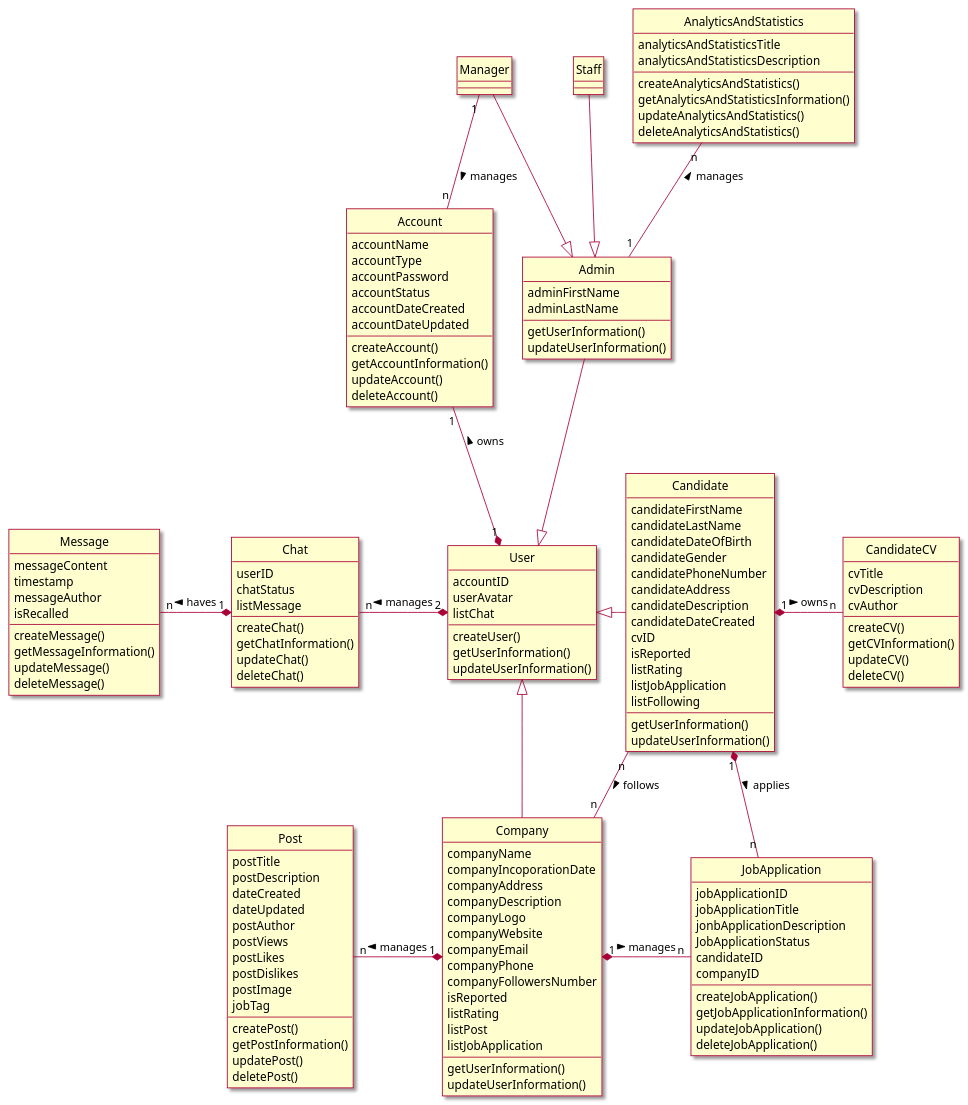
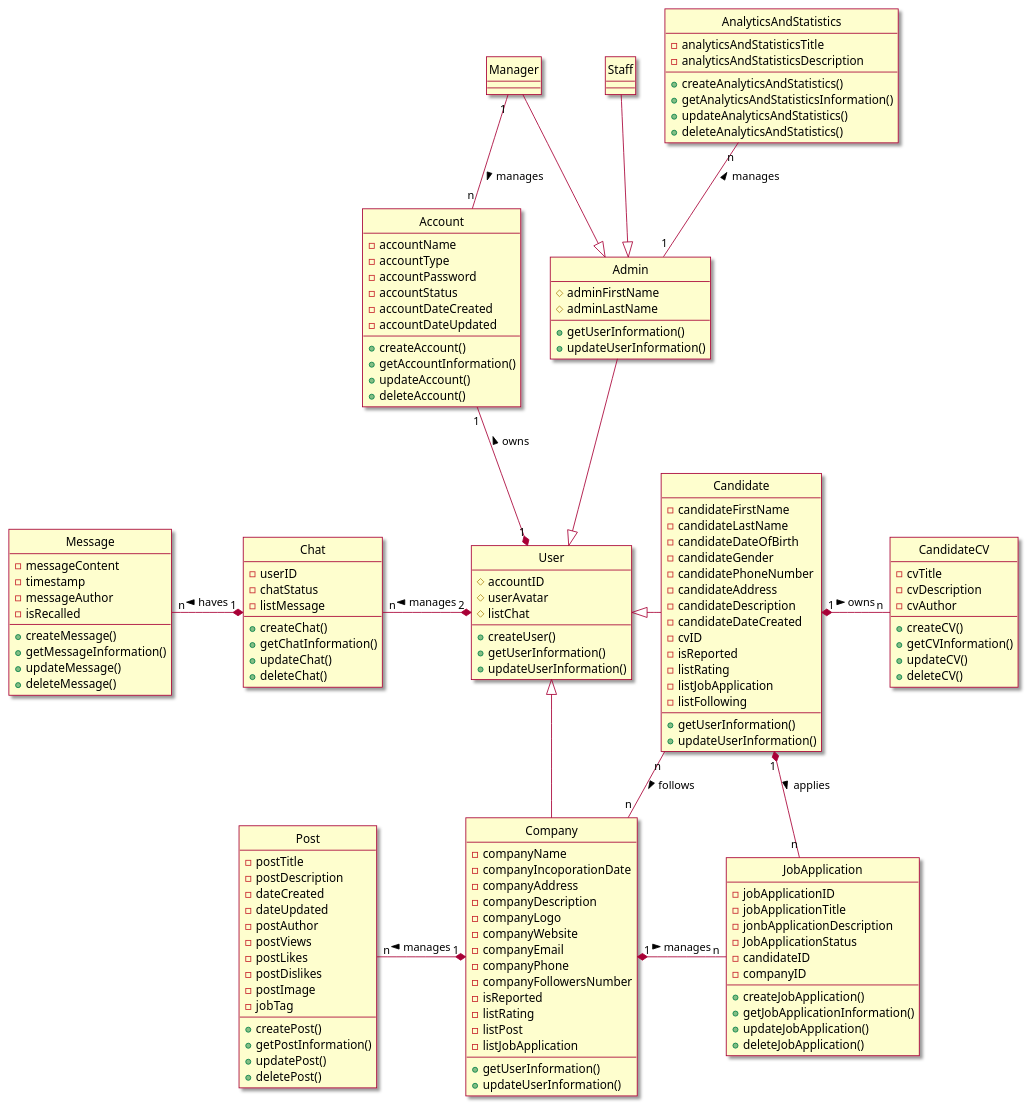
One commit to Griselda4774/EAS-EmploymentAssistanceSystem changed the diagram in Lab1/Lab 1.2 Diagram/Class/FileUML/ClassDiagram.puml. Above: the diagram before and after it, drawn with PlantUML. The commit also changed 1 other file, not shown here.

Commit message:
update class diagram

```diff
--- a/Lab1/Lab 1.2 Diagram/Class/FileUML/ClassDiagram.puml
+++ b/Lab1/Lab 1.2 Diagram/Class/FileUML/ClassDiagram.puml
@@ -1,165 +1,165 @@
 @startuml ClassDiagram
 
 hide circle
 skin rose
 
 class Account {
-    accountName
-    accountType
-    accountPassword
-    accountStatus
-    accountDateCreated
-    accountDateUpdated
-    createAccount()
-    getAccountInformation()
-    updateAccount()
-    deleteAccount()
+    -accountName
+    -accountType
+    -accountPassword
+    -accountStatus
+    -accountDateCreated
+    -accountDateUpdated
+    +createAccount()
+    +getAccountInformation()
+    +updateAccount()
+    +deleteAccount()
 }
 
 class User {
-    accountID
-    userAvatar
-    listChat
-    createUser()
-    getUserInformation()
-    updateUserInformation()
+    #accountID
+    #userAvatar
+    #listChat
+    +createUser()
+    +getUserInformation()
+    +updateUserInformation()
 }
 
 class Admin {
-    adminFirstName
-    adminLastName
-    getUserInformation()
-    updateUserInformation()
+    #adminFirstName
+    #adminLastName
+    +getUserInformation()
+    +updateUserInformation()
 }
 
 class Candidate {
-    candidateFirstName
-    candidateLastName
-    candidateDateOfBirth
-    candidateGender
-    candidatePhoneNumber
-    candidateAddress
-    candidateDescription
-    candidateDateCreated
-    cvID
-    isReported
-    listRating
-    listJobApplication
-    listFollowing
-    getUserInformation()
-    updateUserInformation()
+    -candidateFirstName
+    -candidateLastName
+    -candidateDateOfBirth
+    -candidateGender
+    -candidatePhoneNumber
+    -candidateAddress
+    -candidateDescription
+    -candidateDateCreated
+    -cvID
+    -isReported
+    -listRating
+    -listJobApplication
+    -listFollowing
+    +getUserInformation()
+    +updateUserInformation()
 }
 
 class Company {
-    companyName
-    companyIncoporationDate
-    companyAddress
-    companyDescription
-    companyLogo
-    companyWebsite
-    companyEmail
-    companyPhone
-    companyFollowersNumber
-    isReported
-    listRating
-    listPost
-    listJobApplication
-    getUserInformation()
-    updateUserInformation()
+    -companyName
+    -companyIncoporationDate
+    -companyAddress
+    -companyDescription
+    -companyLogo
+    -companyWebsite
+    -companyEmail
+    -companyPhone
+    -companyFollowersNumber
+    -isReported
+    -listRating
+    -listPost
+    -listJobApplication
+    +getUserInformation()
+    +updateUserInformation()
 }
 
 class Staff {
 
 }
 
 class Manager {
 
 }
 
 class Post {
-    postTitle
-    postDescription
-    dateCreated
-    dateUpdated
-    postAuthor
-    postViews
-    postLikes
-    postDislikes
-    postImage
-    jobTag
-    createPost()
-    getPostInformation()
-    updatePost()
-    deletePost()
+    -postTitle
+    -postDescription
+    -dateCreated
+    -dateUpdated
+    -postAuthor
+    -postViews
+    -postLikes
+    -postDislikes
+    -postImage
+    -jobTag
+    +createPost()
+    +getPostInformation()
+    +updatePost()
+    +deletePost()
 }
 
 class CandidateCV {
-    cvTitle
-    cvDescription
-    cvAuthor
-    createCV()
-    getCVInformation()
-    updateCV()
-    deleteCV()
+    -cvTitle
+    -cvDescription
+    -cvAuthor
+    +createCV()
+    +getCVInformation()
+    +updateCV()
+    +deleteCV()
 }
 
 class JobApplication {
-    jobApplicationID
-    jobApplicationTitle
-    jonbApplicationDescription
-    JobApplicationStatus
-    candidateID
-    companyID
-    createJobApplication()
-    getJobApplicationInformation()
-    updateJobApplication()
-    deleteJobApplication()
+    -jobApplicationID
+    -jobApplicationTitle
+    -jonbApplicationDescription
+    -JobApplicationStatus
+    -candidateID
+    -companyID
+    +createJobApplication()
+    +getJobApplicationInformation()
+    +updateJobApplication()
+    +deleteJobApplication()
 }
 
 class Chat {
-    userID
-    chatStatus
-    listMessage
-    createChat()
-    getChatInformation()
-    updateChat()
-    deleteChat()
+    -userID
+    -chatStatus
+    -listMessage
+    +createChat()
+    +getChatInformation()
+    +updateChat()
+    +deleteChat()
 }
 
 class Message {
-    messageContent
-    timestamp
-    messageAuthor
-    isRecalled
-    createMessage()
-    getMessageInformation()
-    updateMessage()
-    deleteMessage()
+    -messageContent
+    -timestamp
+    -messageAuthor
+    -isRecalled
+    +createMessage()
+    +getMessageInformation()
+    +updateMessage()
+    +deleteMessage()
 }
 
 class AnalyticsAndStatistics {
-    analyticsAndStatisticsTitle
-    analyticsAndStatisticsDescription
-    createAnalyticsAndStatistics()
-    getAnalyticsAndStatisticsInformation()
-    updateAnalyticsAndStatistics()
-    deleteAnalyticsAndStatistics()
+    -analyticsAndStatisticsTitle
+    -analyticsAndStatisticsDescription
+    +createAnalyticsAndStatistics()
+    +getAnalyticsAndStatisticsInformation()
+    +updateAnalyticsAndStatistics()
+    +deleteAnalyticsAndStatistics()
 }
 
 Account "1" --* "1" User: owns <
 Admin --|> User
 User <|-right- Candidate
 User <|-- Company
 Staff --|> Admin
 Manager --|> Admin
 AnalyticsAndStatistics "n" -- "1" Admin: manages <
 Manager "1" -- "n" Account: manages >
 Post "n" -right-* "1" Company: manages <
 Chat "n" -right-* "2" User: manages <
 Message "n" -right-* "1" Chat: haves <
 CandidateCV "n" -left-* "1" Candidate: owns <
 JobApplication "n" -left-* "1" Company: manages <
 Candidate "n" -- "n" Company: follows >
 Candidate "1" *-- "n" JobApplication: applies >
 
 @enduml
```
